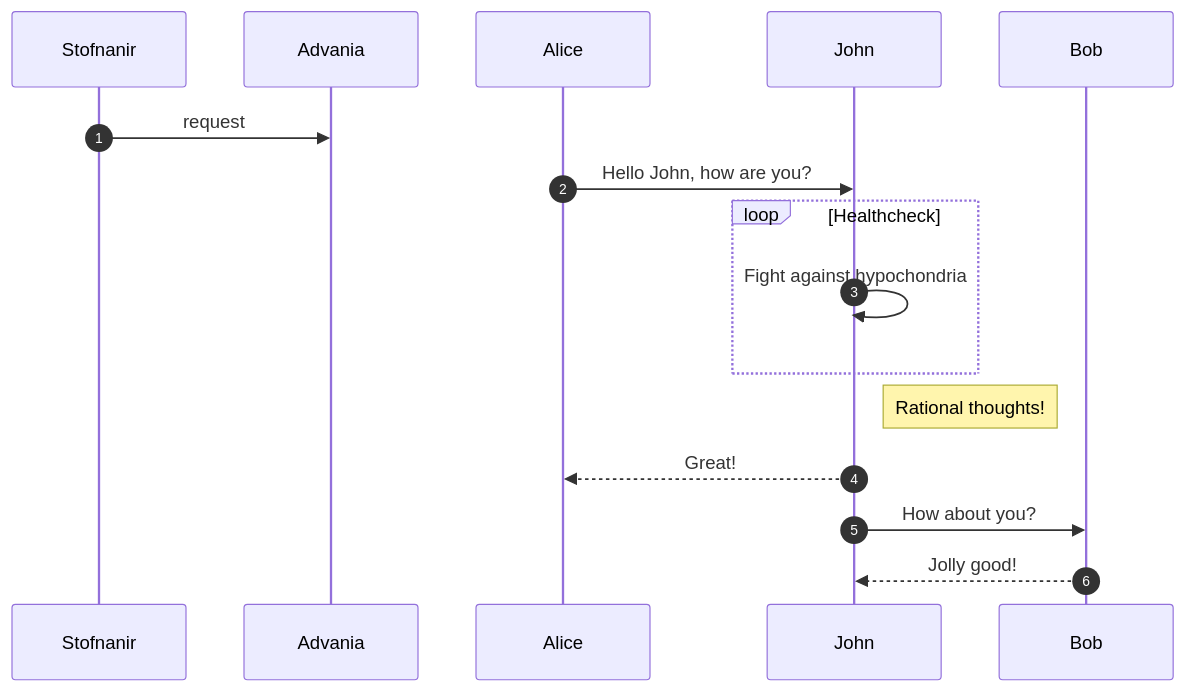
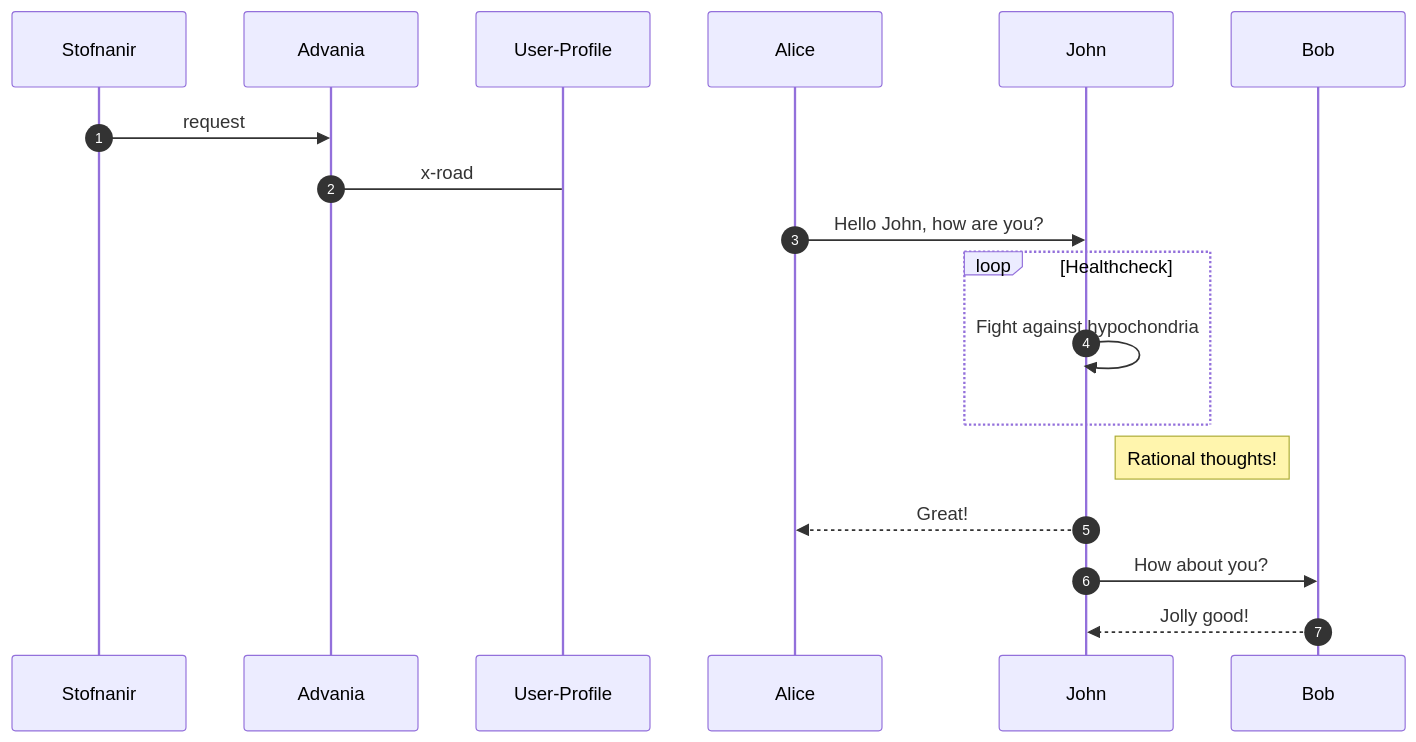
The diagram in hnipp.md (rafnarnason/bookish-fiesta), drawn with Mermaid before and after one commit.

````diff
--- a/hnipp.md
+++ b/hnipp.md
@@ -1,13 +1,14 @@
 ```mermaid
 sequenceDiagram
     autonumber
     Stofnanir->>Advania:request
+    Advania->User-Profile:x-road
     Alice->>John: Hello John, how are you?
     loop Healthcheck
         John->>John: Fight against hypochondria
     end
     Note right of John: Rational thoughts!
     John-->>Alice: Great!
     John->>Bob: How about you?
     Bob-->>John: Jolly good!
 ```
````
